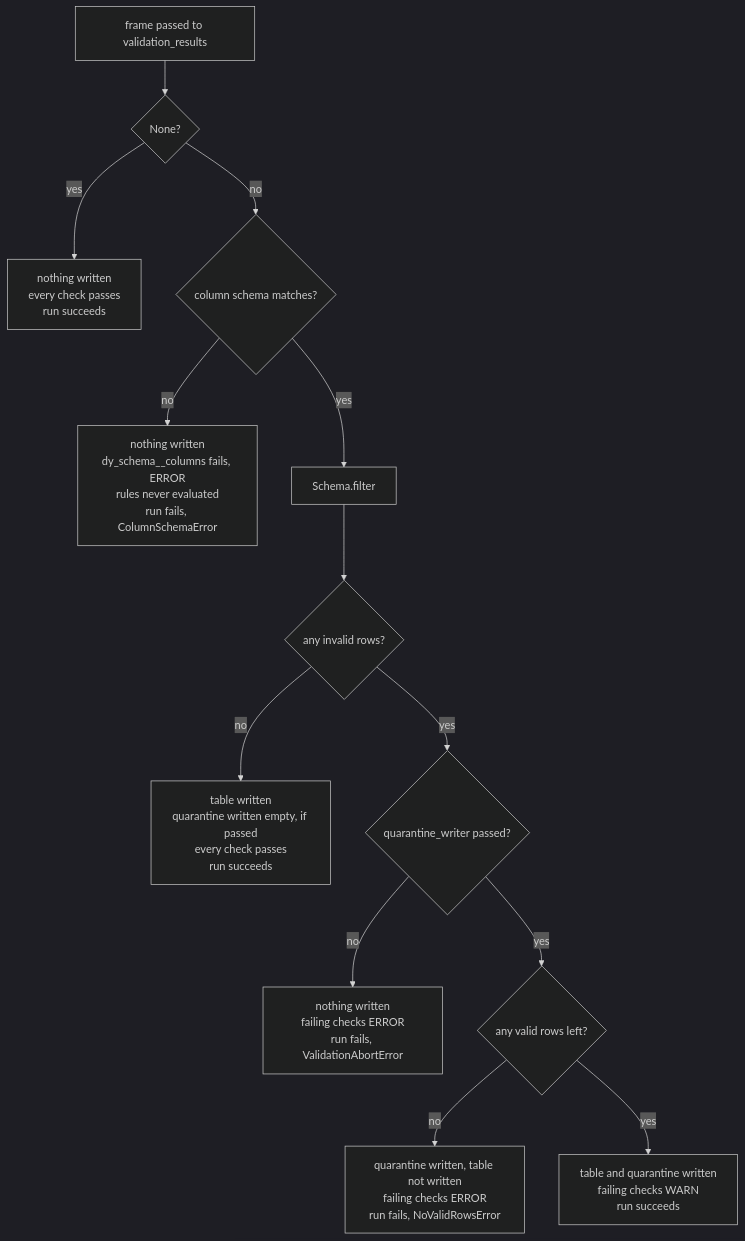
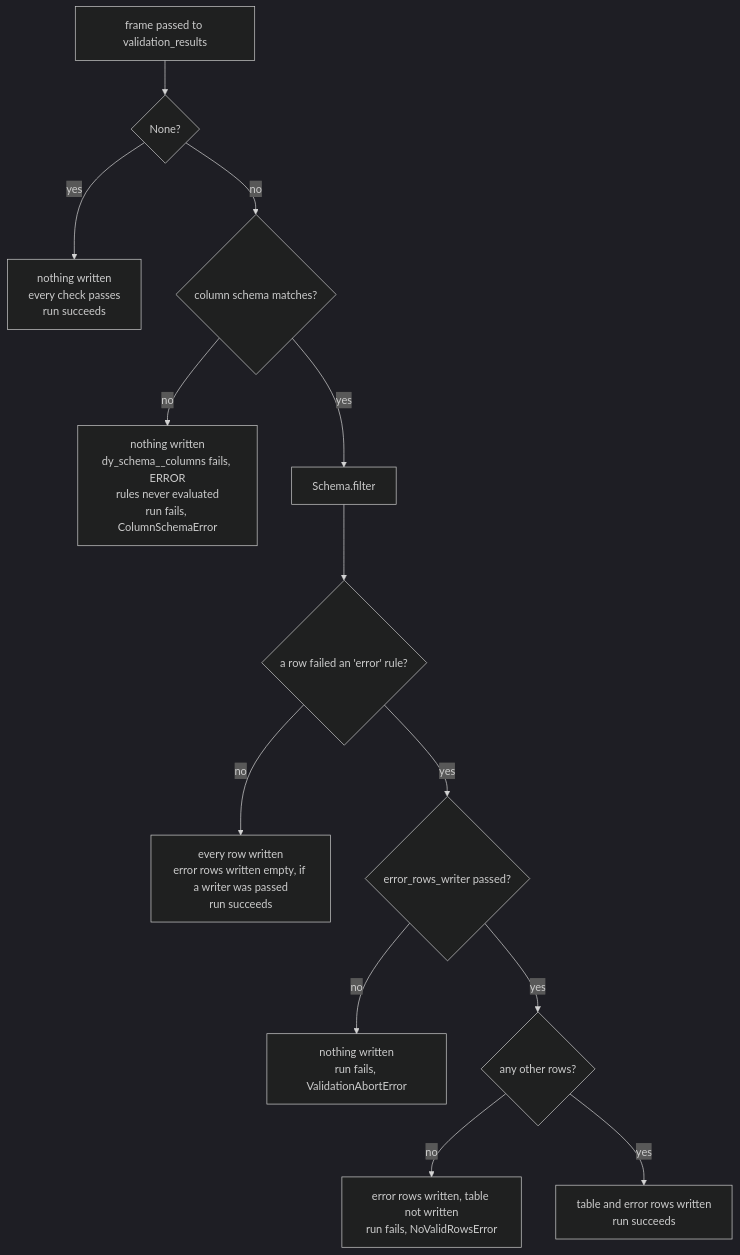
Before and after one commit to ozanozbeker/dagster-dataframely: the first of 2 diagrams in user_guide/hand-wiring.qmd, drawn with Mermaid (dark theme). The commit also changed other lines of this file and 60 other files, not shown here.

First line of the commit message:
feat!: declare rule severity on the schema and replace quarantine with filter

````diff
--- a/user_guide/hand-wiring.qmd
+++ b/user_guide/hand-wiring.qmd
@@ -68,16 +70,16 @@
 ```{mermaid}
 %%| label: hand-wiring-outcomes
 flowchart TD
     F["frame passed to validation_results"] --> N{"None?"}
     N -- yes --> SKIP["nothing written<br/>every check passes<br/>run succeeds"]
     N -- no --> CS{"column schema matches?"}
     CS -- no --> DRIFT["nothing written<br/>dy_schema__columns fails, ERROR<br/>rules never evaluated<br/>run fails, ColumnSchemaError"]
     CS -- yes --> FILTER["Schema.filter"]
-    FILTER --> ANY{"any invalid rows?"}
-    ANY -- no --> CLEAN["table written<br/>quarantine written empty, if passed<br/>every check passes<br/>run succeeds"]
-    ANY -- yes --> Q{"quarantine_writer passed?"}
-    Q -- no --> ABORT["nothing written<br/>failing checks ERROR<br/>run fails, ValidationAbortError"]
-    Q -- yes --> SURV{"any valid rows left?"}
-    SURV -- no --> NONE["quarantine written, table not written<br/>failing checks ERROR<br/>run fails, NoValidRowsError"]
-    SURV -- yes --> PARTIAL["table and quarantine written<br/>failing checks WARN<br/>run succeeds"]
+    FILTER --> ANY{"a row failed an 'error' rule?"}
+    ANY -- no --> CLEAN["every row written<br/>error rows written empty, if a writer was passed<br/>run succeeds"]
+    ANY -- yes --> Q{"error_rows_writer passed?"}
+    Q -- no --> ABORT["nothing written<br/>run fails, ValidationAbortError"]
+    Q -- yes --> SURV{"any other rows?"}
+    SURV -- no --> NONE["error rows written, table not written<br/>run fails, NoValidRowsError"]
+    SURV -- yes --> PARTIAL["table and error rows written<br/>run succeeds"]
 ```
````
